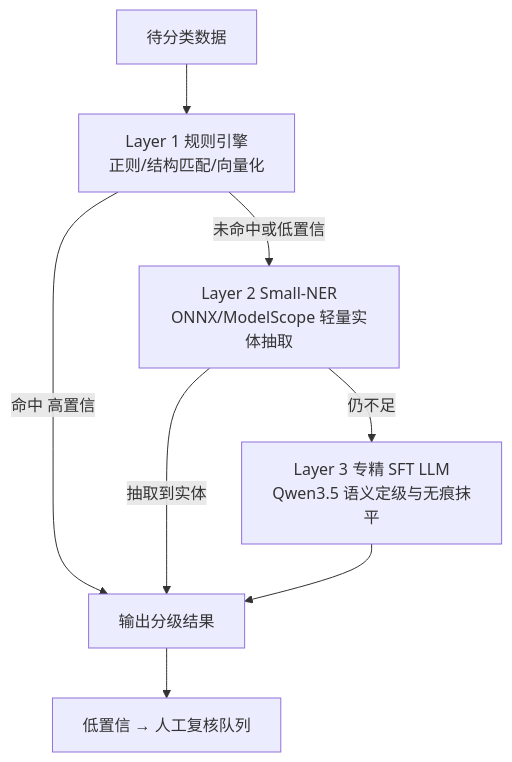
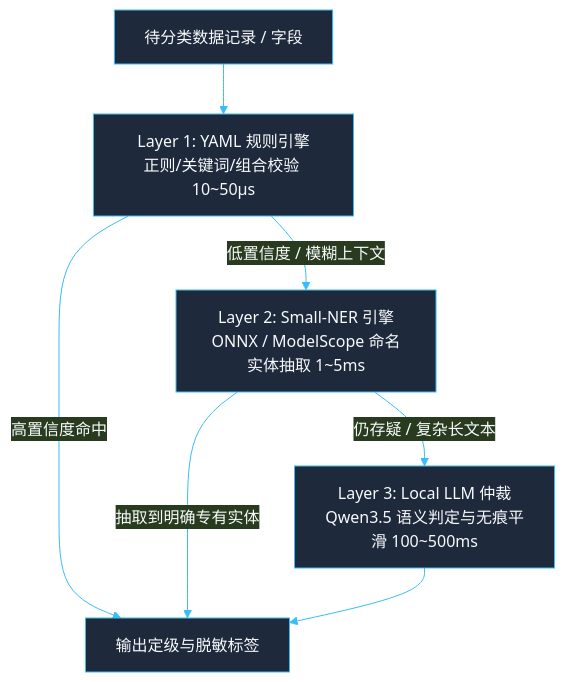
Before and after one commit to fengzhizi319/PrivShield: the second of 3 diagrams in docs/architecture-design.md, drawn with Mermaid. The commit also changed other lines of this file, not shown here.

Commit message:
docs: upgrade architecture design document to v2.0 with full enterprise services, multi-node load balancing, distributed budget, and advanced autoscaling

````diff
--- a/docs/architecture-design.md
+++ b/docs/architecture-design.md
@@ -95,10 +152,10 @@
 ```mermaid
+%%{init: {'theme': 'base', 'themeVariables': { 'primaryColor': '#1e293b', 'primaryTextColor': '#f8fafc', 'primaryBorderColor': '#38bdf8', 'lineColor': '#38bdf8' }}}%%
 graph TB
-    IN[待分类数据] --> L1[Layer 1 规则引擎<br/>正则/结构匹配/向量化]
-    L1 -->|命中 高置信| OUT[输出分级结果]
-    L1 -->|未命中或低置信| L2[Layer 2 Small-NER<br/>ONNX/ModelScope 轻量实体抽取]
-    L2 -->|抽取到实体| OUT
-    L2 -->|仍不足| L3[Layer 3 专精 SFT LLM<br/>Qwen3.5 语义定级与无痕抹平]
-    L3 --> OUT
-    OUT --> REVIEW[低置信 → 人工复核队列]
+    Input[待分类数据记录 / 字段] --> L1[Layer 1: YAML 规则引擎<br/>正则/关键词/组合校验 10~50μs]
+    L1 -->|高置信度命中| Out[输出定级与脱敏标签]
+    L1 -->|低置信度 / 模糊上下文| L2[Layer 2: Small-NER 引擎<br/>ONNX / ModelScope 命名实体抽取 1~5ms]
+    L2 -->|抽取到明确专有实体| Out
+    L2 -->|仍存疑 / 复杂长文本| L3[Layer 3: Local LLM 仲裁<br/>Qwen3.5 语义判定与无痕平滑 100~500ms]
+    L3 --> Out
 ```
````
